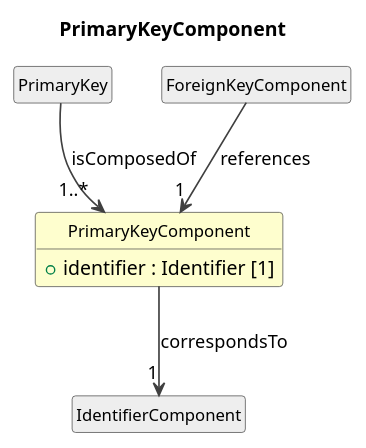
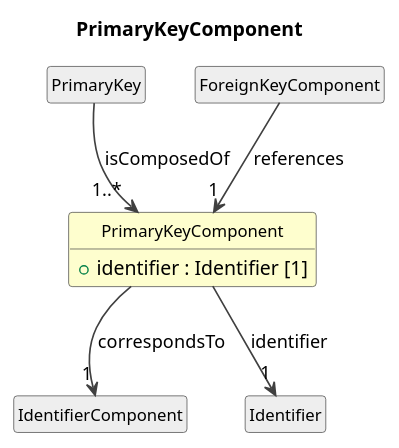
The diagram in cdif-uml-model/CDIFDataStructure/Classes/PrimaryKeyComponent.pu (Cross-Domain-Interoperability-Framework/metadataBuildingBlocks), drawn with PlantUML before and after one commit. The commit also changed 619 other files, not shown here.

```diff
--- a/cdif-uml-model/CDIFDataStructure/Classes/PrimaryKeyComponent.pu
+++ b/cdif-uml-model/CDIFDataStructure/Classes/PrimaryKeyComponent.pu
@@ -1,23 +1,25 @@
 @startuml
 title PrimaryKeyComponent
 hide circle
 hide empty members
 skinparam shadowing false
 skinparam ArrowThickness 1.2
 skinparam class {
   ArrowColor #404040
   BorderColor #404040
   FontSize 12
 }
 
 class "PrimaryKeyComponent" as PrimaryKeyComponent #FEFECE {
   +identifier : Identifier [1]
 }
 class "PrimaryKey" as PrimaryKey #EEEEEE
 PrimaryKey --> "1..*" PrimaryKeyComponent : isComposedOf
 class "IdentifierComponent" as IdentifierComponent #EEEEEE
 PrimaryKeyComponent --> "1" IdentifierComponent : correspondsTo
 class "ForeignKeyComponent" as ForeignKeyComponent #EEEEEE
 ForeignKeyComponent --> "1" PrimaryKeyComponent : references
+class "Identifier" as Identifier #EEEEEE
+PrimaryKeyComponent --> "1" Identifier : identifier
 
 @enduml
```
